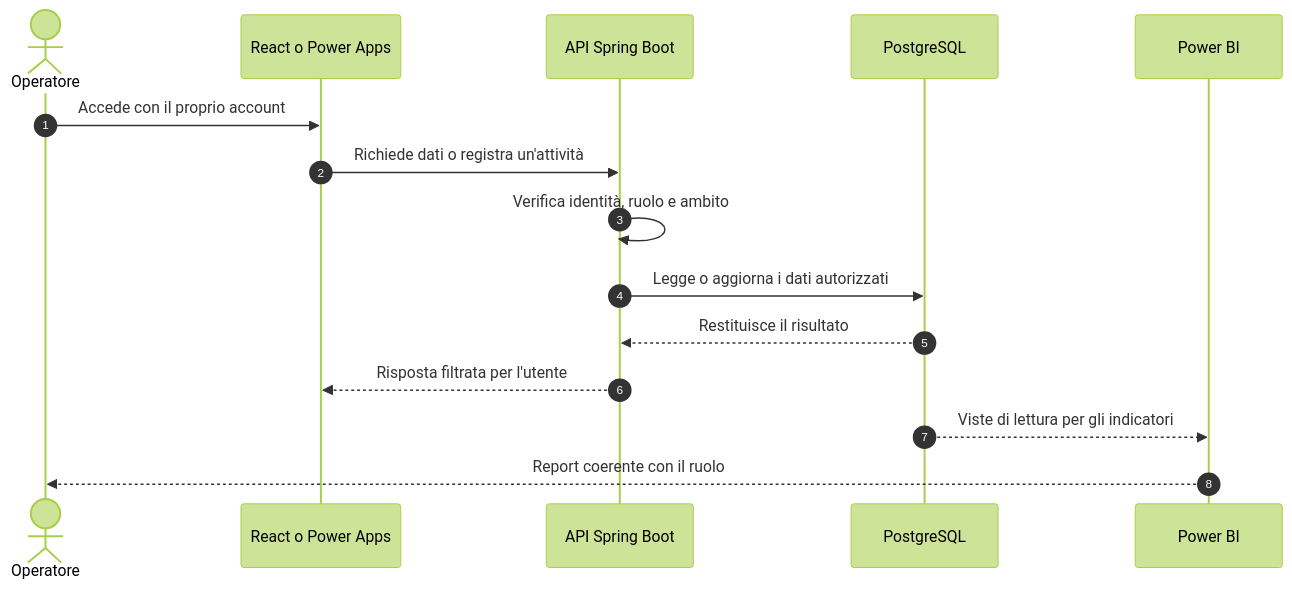
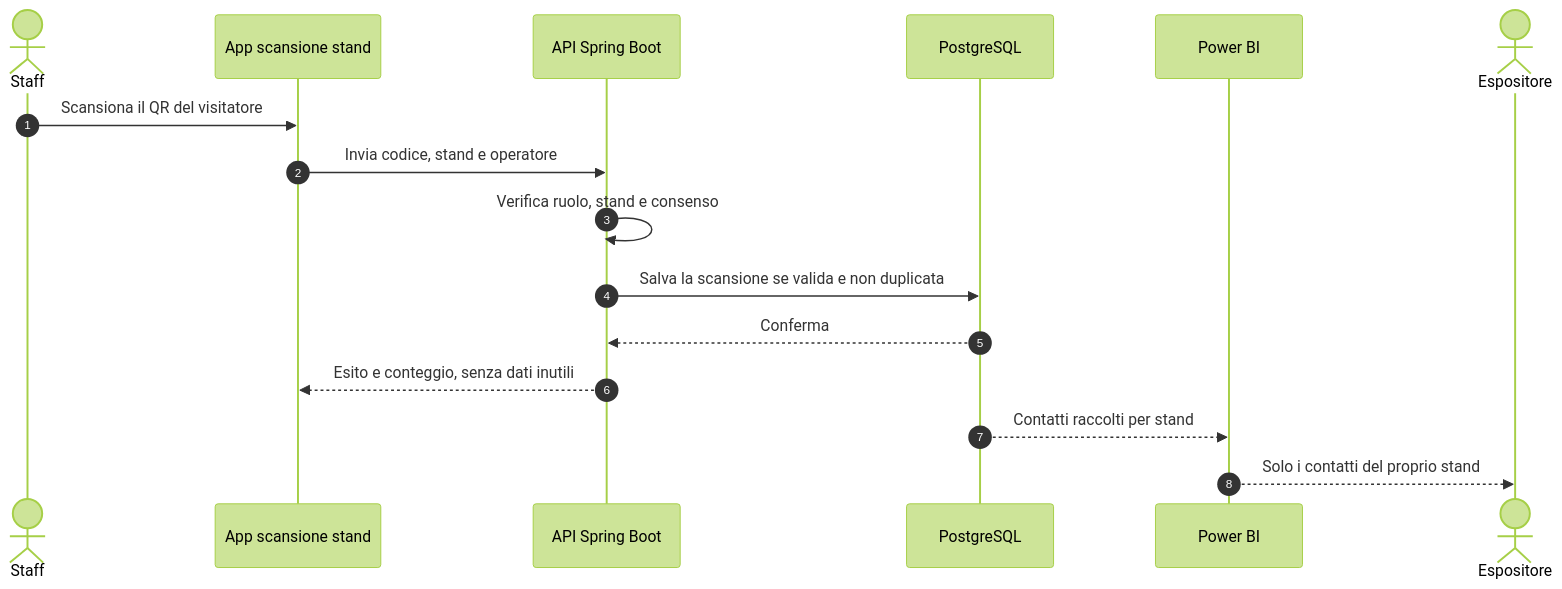
Before and after one commit to stand-up-arcade-milan/Standup-platform: the fourth of 5 diagrams in README.md, drawn with Mermaid (forest theme). The commit also changed other lines of this file, not shown here.

Commit message:
docs: aggiorna i flussi operativi nel README

````diff
--- a/README.md
+++ b/README.md
@@ -138,18 +195,19 @@
 ```mermaid
 sequenceDiagram
     autonumber
-    actor Operatore
-    participant UI as React o Power Apps
+    actor Staff
+    participant SCAN as App scansione stand
     participant API as API Spring Boot
     participant DB as PostgreSQL
     participant BI as Power BI
+    actor Esp as Espositore
 
-    Operatore->>UI: Accede con il proprio account
-    UI->>API: Richiede dati o registra un'attività
-    API->>API: Verifica identità, ruolo e ambito
-    API->>DB: Legge o aggiorna i dati autorizzati
-    DB-->>API: Restituisce il risultato
-    API-->>UI: Risposta filtrata per l'utente
-    DB-->>BI: Viste di lettura per gli indicatori
-    BI-->>Operatore: Report coerente con il ruolo
+    Staff->>SCAN: Scansiona il QR del visitatore
+    SCAN->>API: Invia codice, stand e operatore
+    API->>API: Verifica ruolo, stand e consenso
+    API->>DB: Salva la scansione se valida e non duplicata
+    DB-->>API: Conferma
+    API-->>SCAN: Esito e conteggio, senza dati inutili
+    DB-->>BI: Contatti raccolti per stand
+    BI-->>Esp: Solo i contatti del proprio stand
 ```
````
